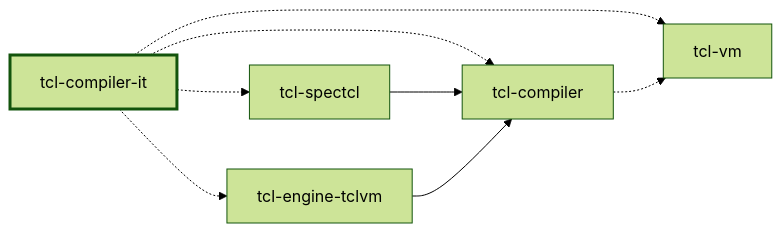
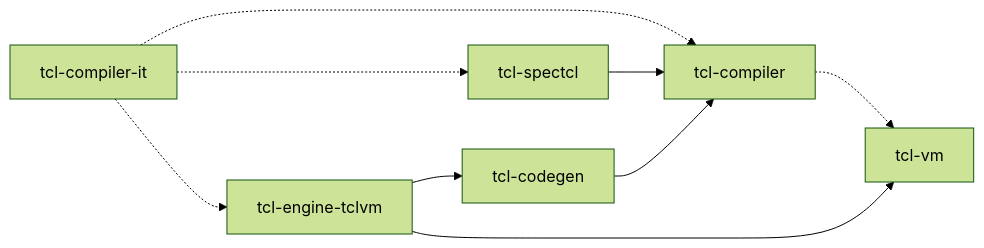
Before and after one commit to bitwisecook/tcl-lsp: the diagram in docs/design/compiler/crate-split/00-test-dependencies.md, drawn with Mermaid (forest theme). The commit also changed other lines of this file and 43 other files, not shown here.

````diff
--- a/docs/design/compiler/crate-split/00-test-dependencies.md
+++ b/docs/design/compiler/crate-split/00-test-dependencies.md
@@ -144,17 +22,10 @@
 ```mermaid
 flowchart LR
-  it["tcl-compiler-it"]
-  compiler["tcl-compiler"]
-  spectcl["tcl-spectcl"]
-  engine["tcl-engine-tclvm"]
-  vm["tcl-vm"]
-  it -.-> compiler
-  it -.-> spectcl
-  it -.-> engine
-  it -.-> vm
+  it["tcl-compiler-it"] -.-> compiler["tcl-compiler"]
+  it -.-> spectcl["tcl-spectcl"]
+  it -.-> engine["tcl-engine-tclvm"]
+  spectcl --> compiler
+  engine --> codegen["tcl-codegen"] --> compiler
+  engine --> vm["tcl-vm"]
   compiler -.-> vm
-  spectcl --> compiler
-  engine --> compiler
-  classDef new stroke-width:3px;
-  class it new;
 ```
````
